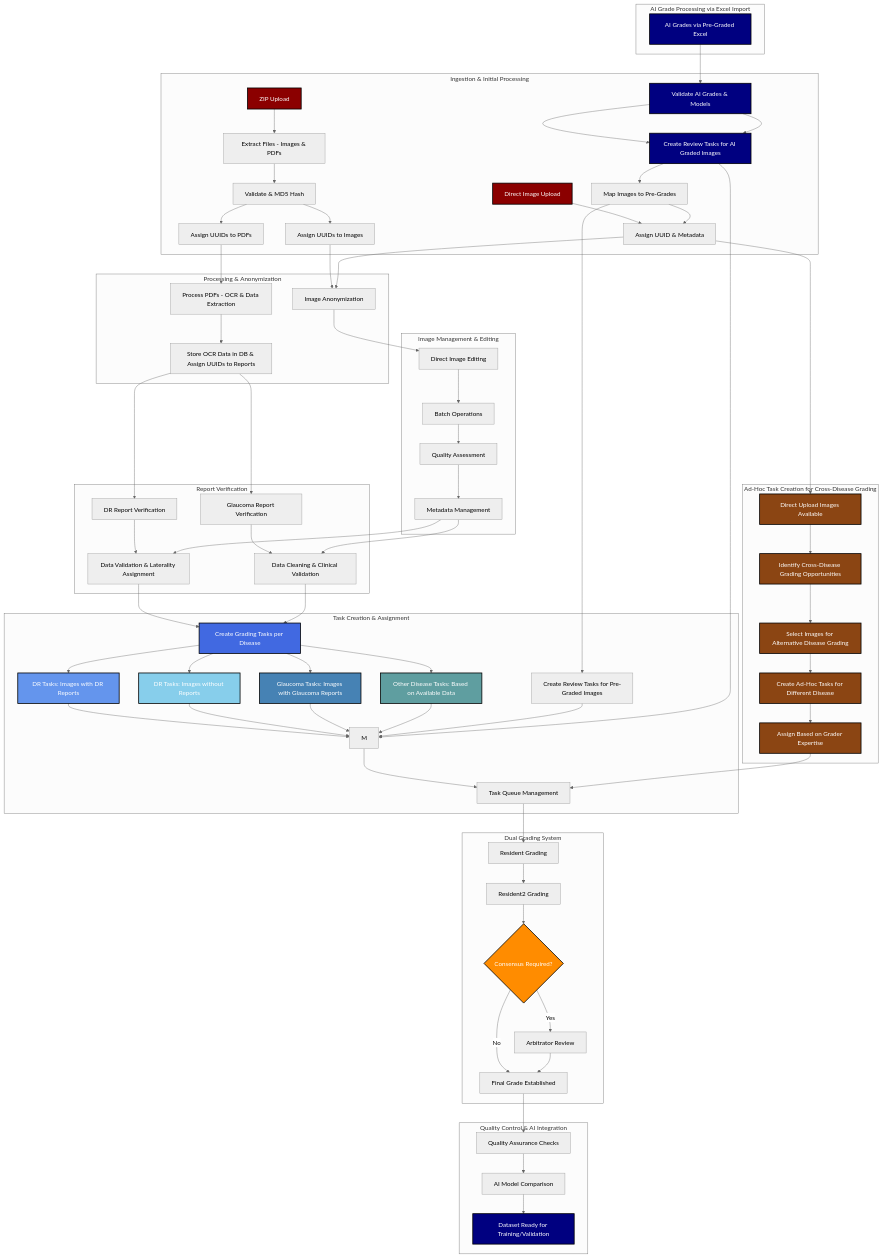
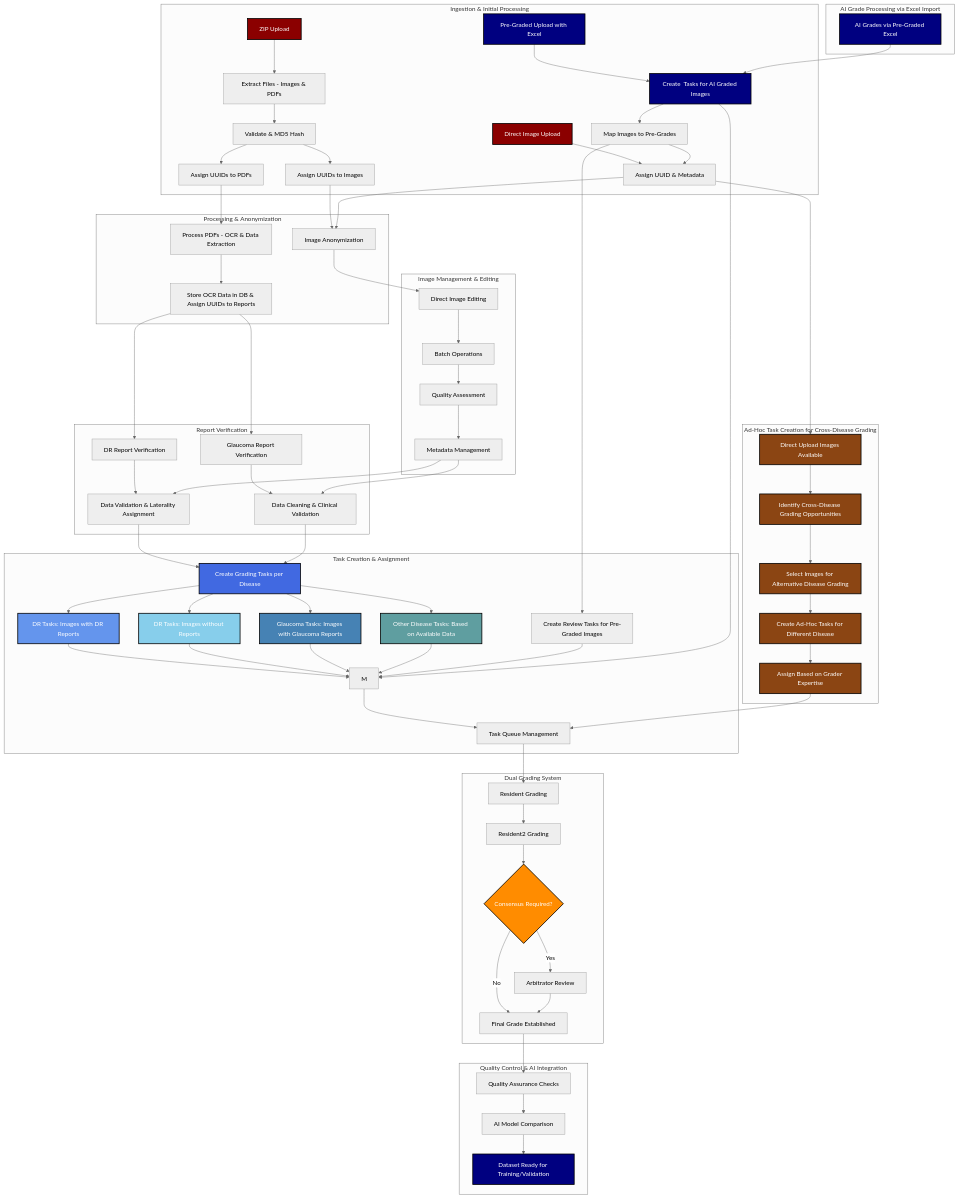
Before and after one commit to drguptavivek/fundus_img_xtract: the first of 3 diagrams in README.md, drawn with Mermaid (neutral theme).

```diff
--- a/README.md
+++ b/README.md
@@ -709,8 +709,7 @@
     end
 
     subgraph AI Grade Processing via Excel Import
-        FF["AI Grades via Pre-Graded Excel"] --> GG["Validate AI Grades & Models"];
-        GG --> HH["Create Review Tasks for AI Graded Images"];
+        FF["AI Grades via Pre-Graded Excel"] --> HH["Create  Tasks for AI Graded Images"];
         HH --> M;
     end
 
```
